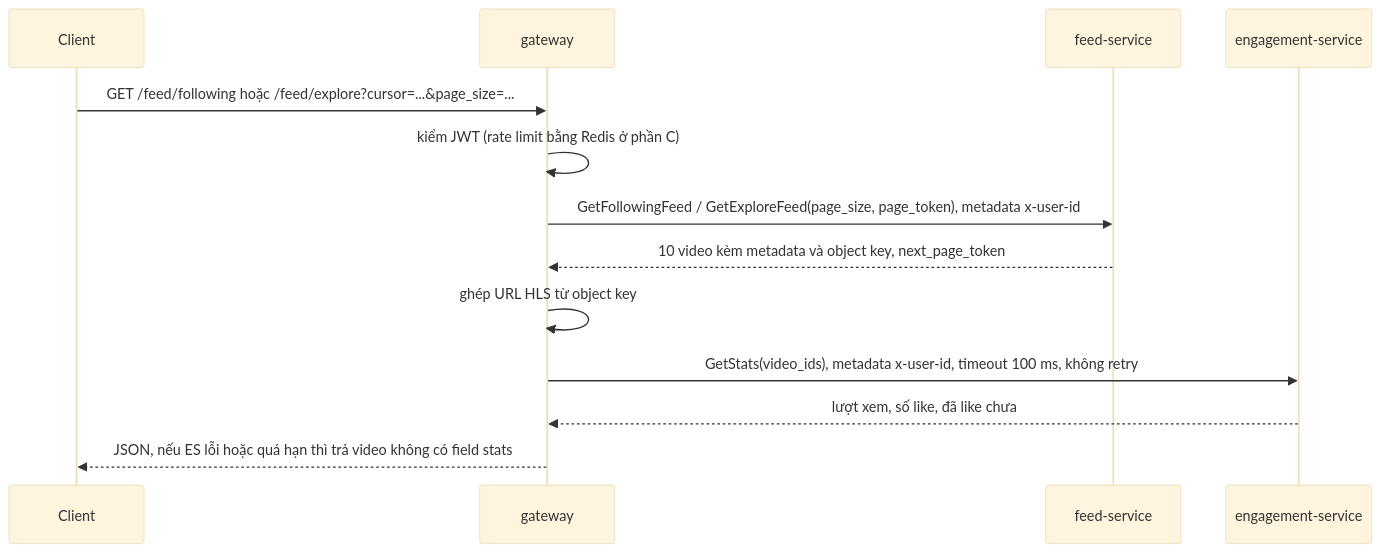
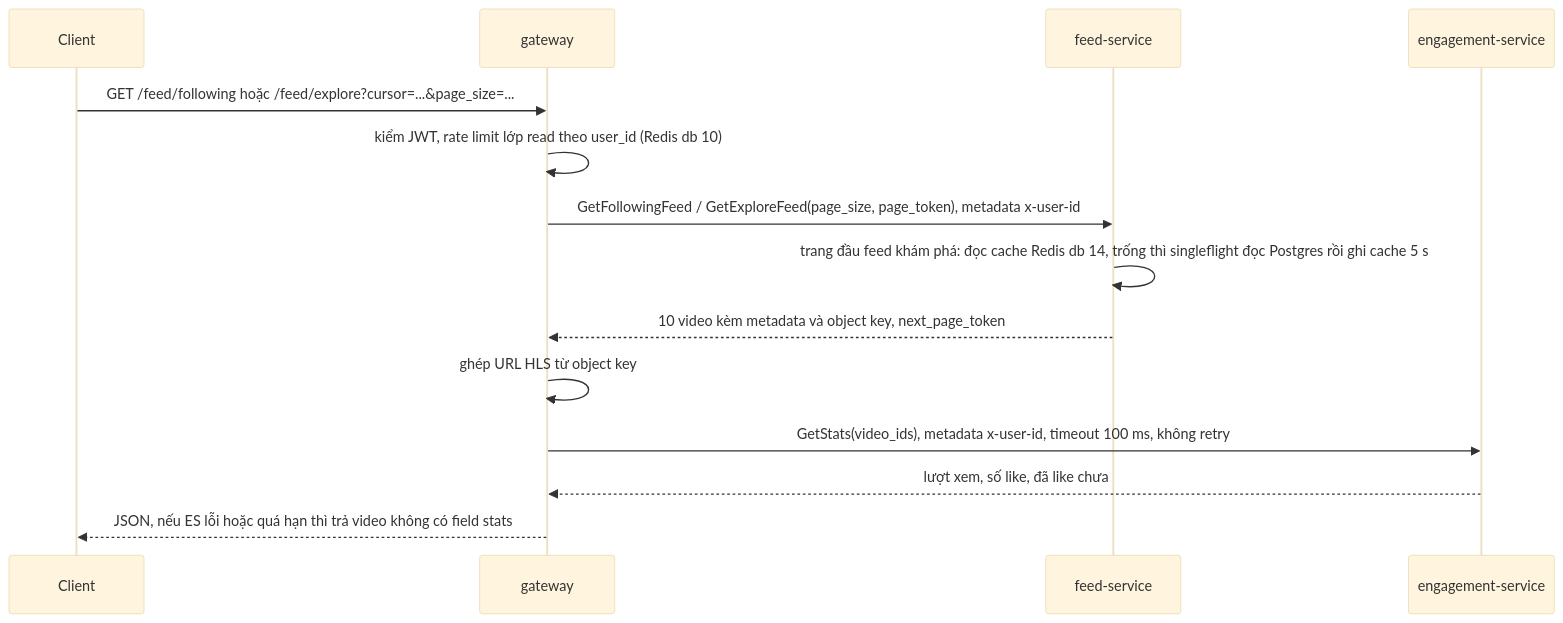
Before and after one commit to anhnvcoder/short-video-platform: the fourth of 4 diagrams in docs/architecture.md, drawn with Mermaid (base theme). The commit also changed other lines of this file and 56 other files, not shown here.

````diff
--- a/docs/architecture.md
+++ b/docs/architecture.md
@@ -272,16 +281,17 @@
 ```mermaid
 sequenceDiagram
     participant C as Client
     participant GW as gateway
     participant FS as feed-service
     participant ES as engagement-service
 
     C->>GW: GET /feed/following hoặc /feed/explore?cursor=...&page_size=...
-    GW->>GW: kiểm JWT (rate limit bằng Redis ở phần C)
+    GW->>GW: kiểm JWT, rate limit lớp read theo user_id (Redis db 10)
     GW->>FS: GetFollowingFeed / GetExploreFeed(page_size, page_token), metadata x-user-id
+    FS->>FS: trang đầu feed khám phá: đọc cache Redis db 14, trống thì singleflight đọc Postgres rồi ghi cache 5 s
     FS-->>GW: 10 video kèm metadata và object key, next_page_token
     GW->>GW: ghép URL HLS từ object key
     GW->>ES: GetStats(video_ids), metadata x-user-id, timeout 100 ms, không retry
     ES-->>GW: lượt xem, số like, đã like chưa
     GW-->>C: JSON, nếu ES lỗi hoặc quá hạn thì trả video không có field stats
 ```
````
